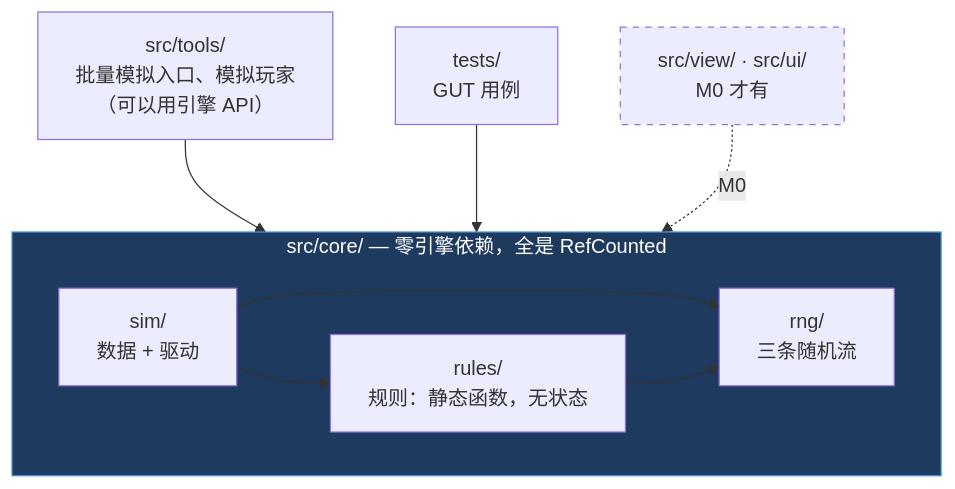
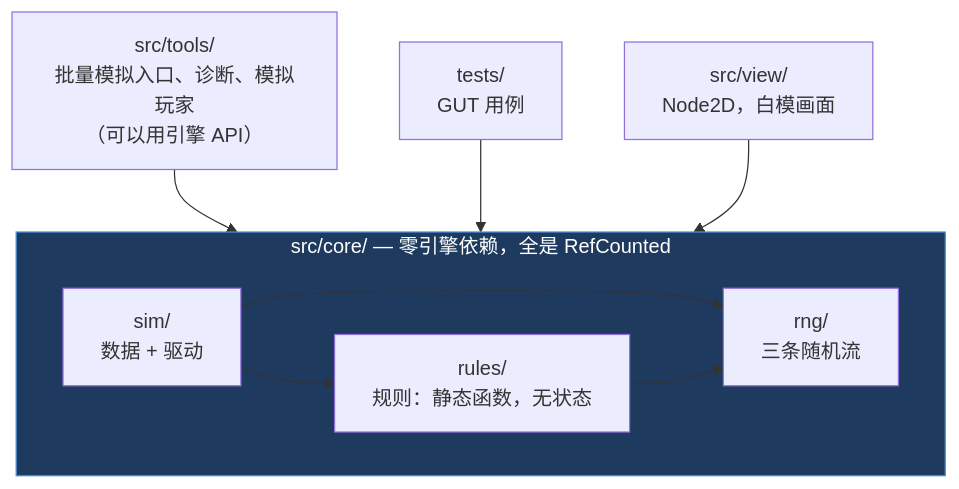
One commit to ShinyRuo/PixelBattle changed the first of 3 diagrams in Docs/代码导读.md. Above: the diagram before and after it, drawn with Mermaid. The commit also changed other lines of this file and 5 other files, not shown here.

````diff
--- a/Docs/代码导读.md
+++ b/Docs/代码导读.md
@@ -58,21 +58,20 @@
 ```mermaid
 flowchart TD
     subgraph core["src/core/ — 零引擎依赖，全是 RefCounted"]
         rules["rules/<br>规则：静态函数，无状态"]
         sim["sim/<br>数据 + 驱动"]
         rng["rng/<br>三条随机流"]
     end
-    tools["src/tools/<br>批量模拟入口、模拟玩家<br>（可以用引擎 API）"]
+    tools["src/tools/<br>批量模拟入口、诊断、模拟玩家<br>（可以用引擎 API）"]
     tests["tests/<br>GUT 用例"]
-    view["src/view/ · src/ui/<br>M0 才有"]
+    view["src/view/<br>Node2D，白模画面"]
 
     tools --> core
     tests --> core
-    view -.M0.-> core
+    view --> core
     sim --> rules
     sim --> rng
     rules --> rng
 
     style core fill:#1f3a5f,stroke:#4a90d9,color:#fff
-    style view stroke-dasharray: 5 5
 ```
````
